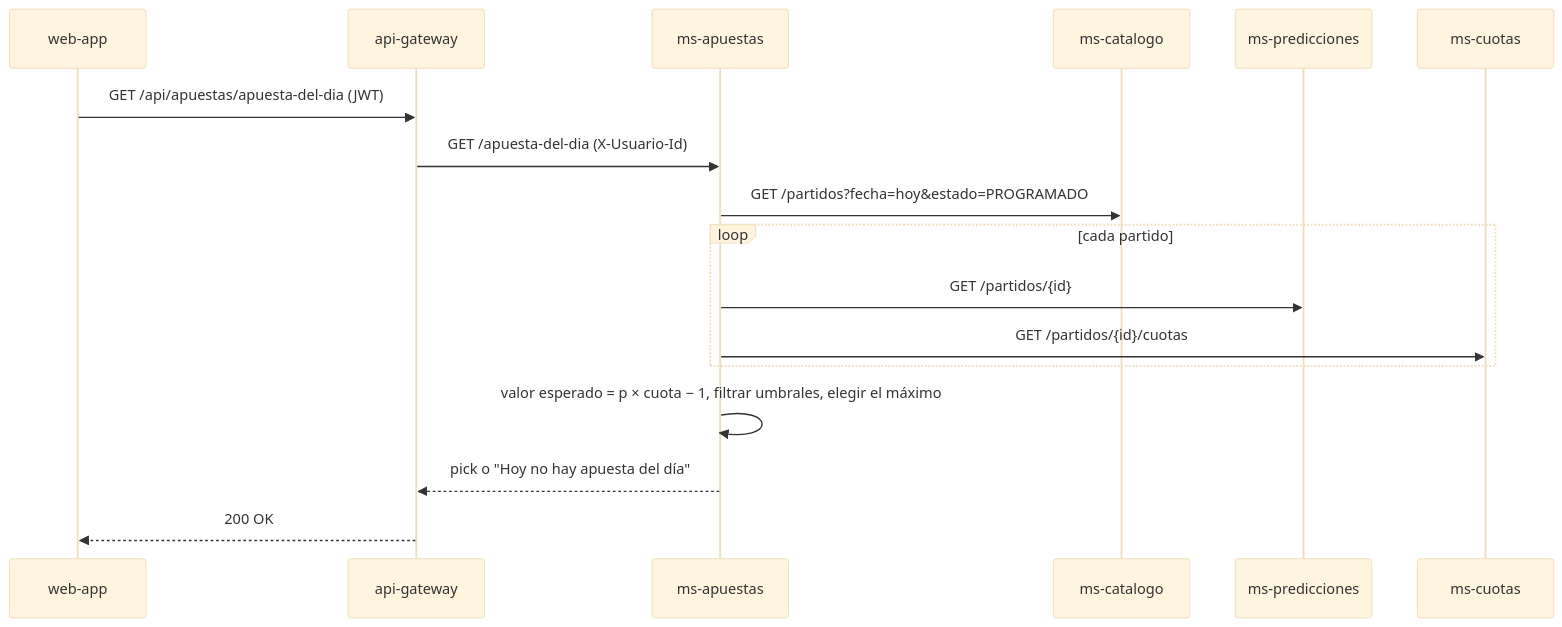
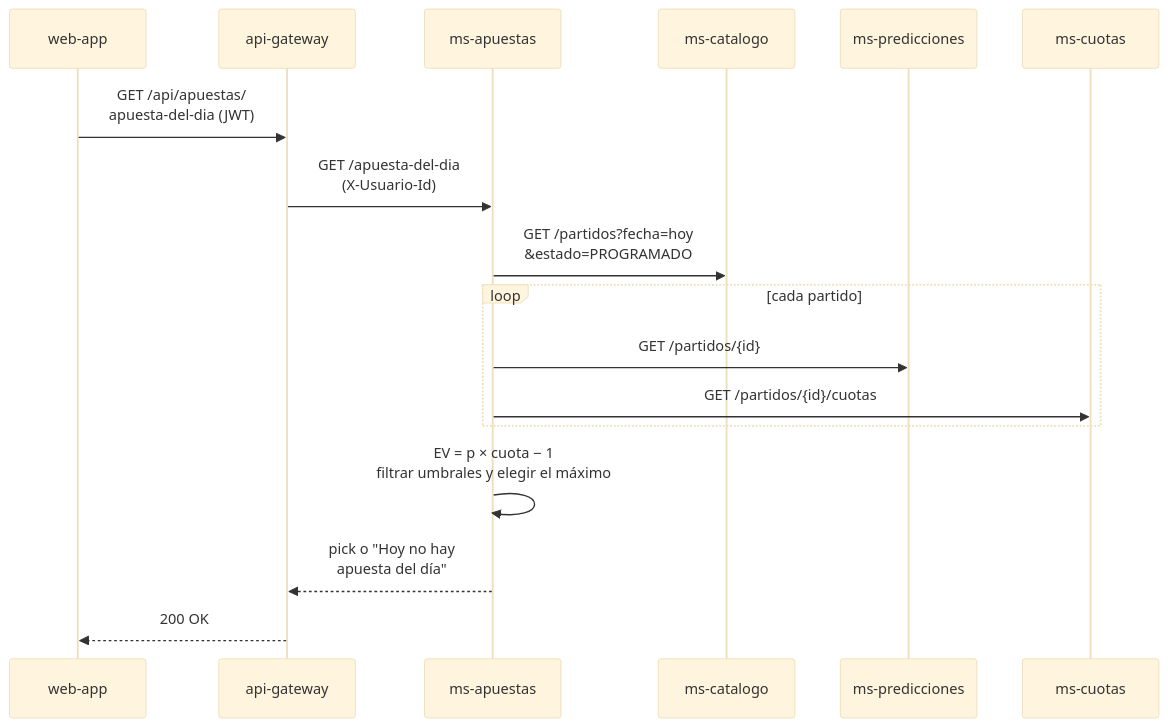
Before and after one commit to Renindstone/app-apuestas-universidad: the second of 4 diagrams in docs/Documentacion.md, drawn with Mermaid (base theme). The commit also changed other lines of this file and 2 other files, not shown here.

First line of the commit message:
Documentación en Word con el formato del proyecto MTC

````diff
--- a/docs/Documentacion.md
+++ b/docs/Documentacion.md
@@ -273,19 +276,19 @@
 ```mermaid
 sequenceDiagram
     participant W as web-app
     participant G as api-gateway
     participant A as ms-apuestas
     participant C as ms-catalogo
     participant P as ms-predicciones
     participant Q as ms-cuotas
-    W->>G: GET /api/apuestas/apuesta-del-dia (JWT)
-    G->>A: GET /apuesta-del-dia (X-Usuario-Id)
-    A->>C: GET /partidos?fecha=hoy&estado=PROGRAMADO
+    W->>G: GET /api/apuestas/<br/>apuesta-del-dia (JWT)
+    G->>A: GET /apuesta-del-dia<br/>(X-Usuario-Id)
+    A->>C: GET /partidos?fecha=hoy<br/>&estado=PROGRAMADO
     loop cada partido
         A->>P: GET /partidos/{id}
         A->>Q: GET /partidos/{id}/cuotas
     end
-    A->>A: valor esperado = p × cuota − 1, filtrar umbrales, elegir el máximo
-    A-->>G: pick o "Hoy no hay apuesta del día"
+    A->>A: EV = p × cuota − 1<br/>filtrar umbrales y elegir el máximo
+    A-->>G: pick o "Hoy no hay<br/>apuesta del día"
     G-->>W: 200 OK
 ```
````
